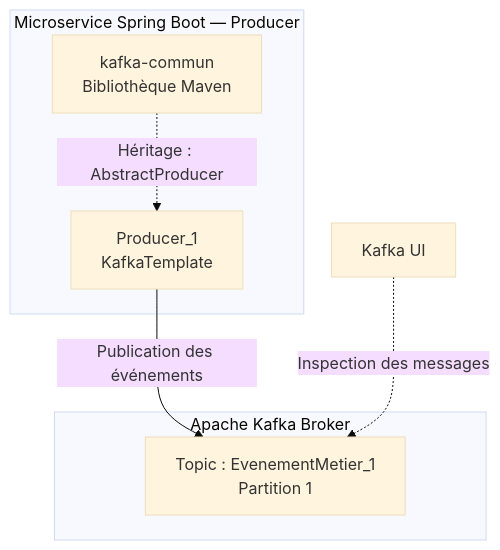
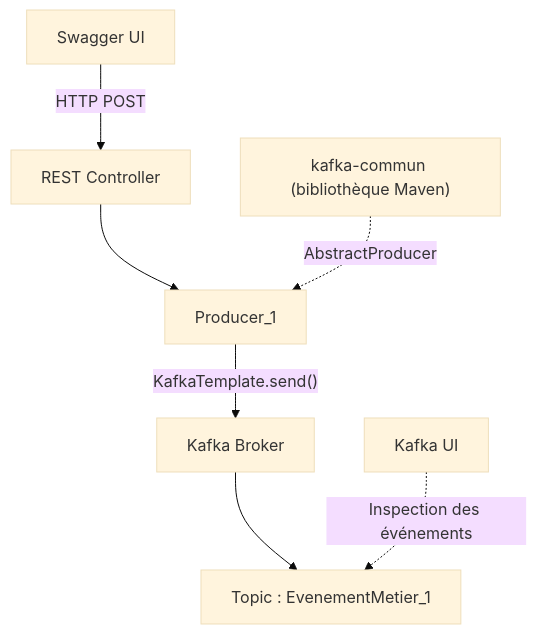
Before and after one commit to euphorie7/KafkaLab: the diagram in scenarios/01-producer-broker.md, drawn with Mermaid (base theme). The commit also changed 4 other files, not shown here.

````diff
--- a/scenarios/01-producer-broker.md
+++ b/scenarios/01-producer-broker.md
@@ -22,16 +22,9 @@
 ```mermaid
 flowchart TD
-    subgraph APP["Microservice Spring Boot — Producer"]
-        P["Producer_1<br/>KafkaTemplate"]
-        LIB["kafka-commun<br/>Bibliothèque Maven"]
-        LIB -.->|"Héritage : AbstractProducer"| P
-    end
-
-    P -->|"Publication des événements"| K
-
-    subgraph BROKER["Apache Kafka Broker"]
-        K["Topic : EvenementMetier_1<br/>Partition 1"]
-    end
-
-    UI["Kafka UI"] -.->|"Inspection des messages"| K
+    S["Swagger UI"] -->|"HTTP POST"| C["REST Controller"]
+    C --> P["Producer_1"]
+    LIB["kafka-commun (bibliothèque Maven)"] -.->|"AbstractProducer"| P
+    P -->|"KafkaTemplate.send()"| K["Kafka Broker"]
+    K --> T["Topic : EvenementMetier_1"]
+    UI["Kafka UI"] -.->|"Inspection des événements"| T
 ```
````
